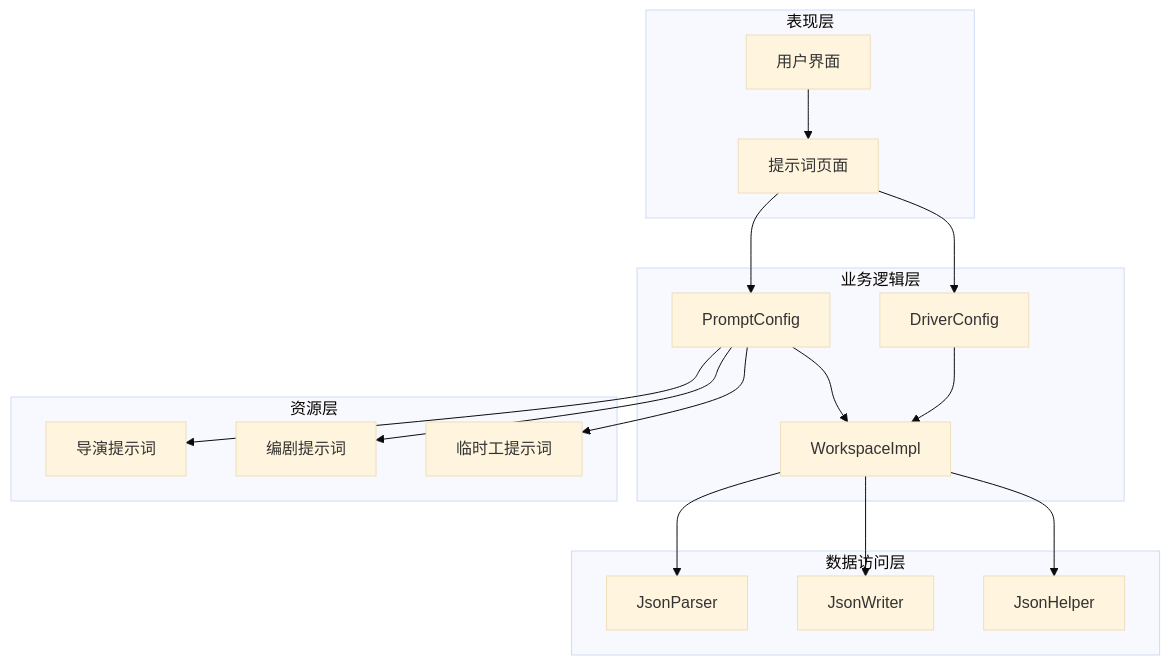
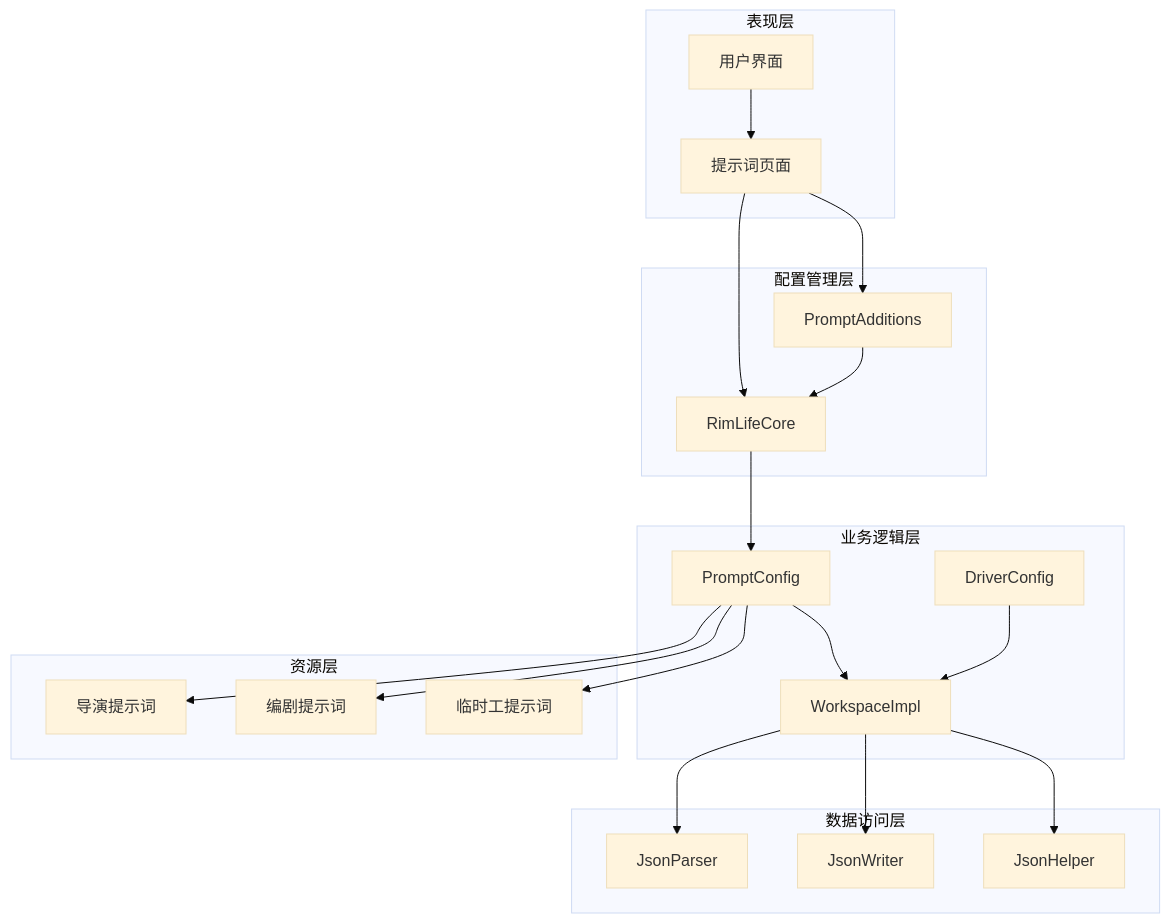
One commit to suzvka/RimLife changed the second of 10 diagrams in .qoder/repowiki/zh/content/LLM 集成系统/提示词管理系统.md. Above: the diagram before and after it, drawn with Mermaid (base theme). The commit also changed other lines of this file and 32 other files, not shown here.

````diff
--- a/.qoder/repowiki/zh/content/LLM 集成系统/提示词管理系统.md
+++ b/.qoder/repowiki/zh/content/LLM 集成系统/提示词管理系统.md
@@ -98,33 +118,39 @@
 ```mermaid
 graph TB
 subgraph "表现层"
 PP[提示词页面]
 UI[用户界面]
+end
+subgraph "配置管理层"
+PA[PromptAdditions]
+RLC[RimLifeCore]
 end
 subgraph "业务逻辑层"
 PC[PromptConfig]
 DC[DriverConfig]
 WS[WorkspaceImpl]
 end
 subgraph "数据访问层"
 JP[JsonParser]
 JW[JsonWriter]
 JH[JsonHelper]
 end
 subgraph "资源层"
 DP[导演提示词]
 SP[编剧提示词]
 FP[临时工提示词]
 end
-PP --> PC
-PP --> DC
+PP --> PA
+PP --> RLC
 UI --> PP
+PA --> RLC
+RLC --> PC
 PC --> WS
 DC --> WS
 WS --> JP
 WS --> JW
 WS --> JH
 PC --> DP
 PC --> SP
 PC --> FP
 ```
````
